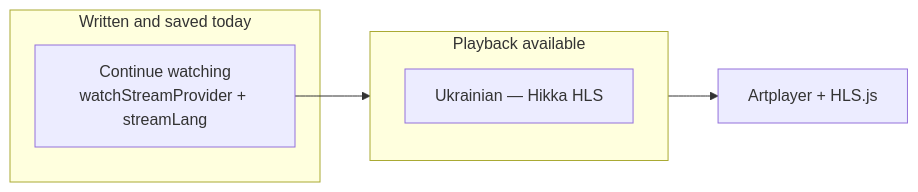
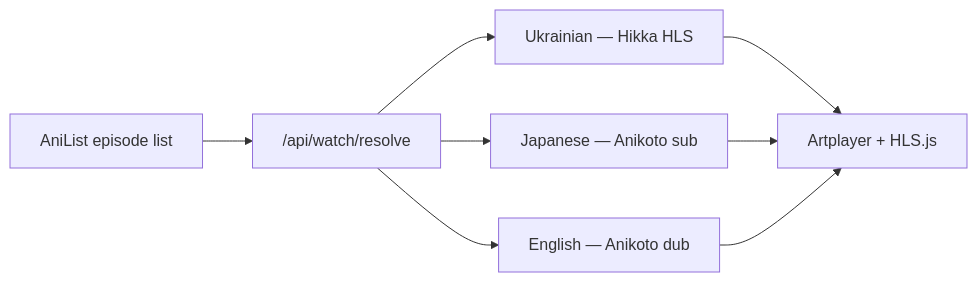
The first of 2 diagrams in README.md (Pashahu1/OtakuFusion), drawn with Mermaid before and after one commit. The commit also changed other lines of this file and 69 other files, not shown here.

First line of the commit message:
feat: play Japanese and English beside the Ukrainian catalog

````diff
--- a/README.md
+++ b/README.md
@@ -49,13 +51,10 @@
 ```mermaid
 flowchart LR
-  subgraph persist [Written and saved today]
-    Prefs["Continue watching<br/>watchStreamProvider + streamLang"]
-  end
-
-  subgraph live [Playback available]
-    UA["Ukrainian — Hikka HLS"]
-  end
-
-  Prefs --> live
-  live --> Player["Artplayer + HLS.js"]
+  Catalog["AniList episode list"] --> Resolve["/api/watch/resolve"]
+  Resolve --> UA["Ukrainian — Hikka HLS"]
+  Resolve --> JA["Japanese — Anikoto sub"]
+  Resolve --> EN["English — Anikoto dub"]
+  UA --> Player["Artplayer + HLS.js"]
+  JA --> Player
+  EN --> Player
 ```
````
